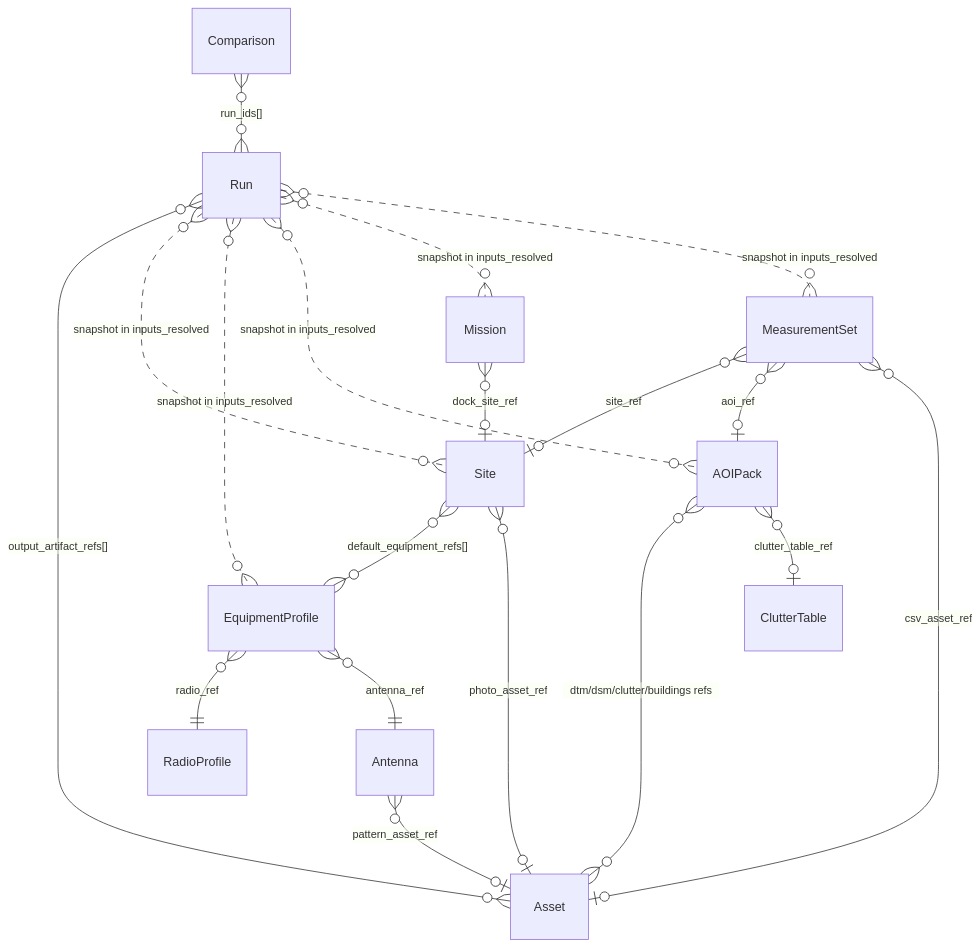
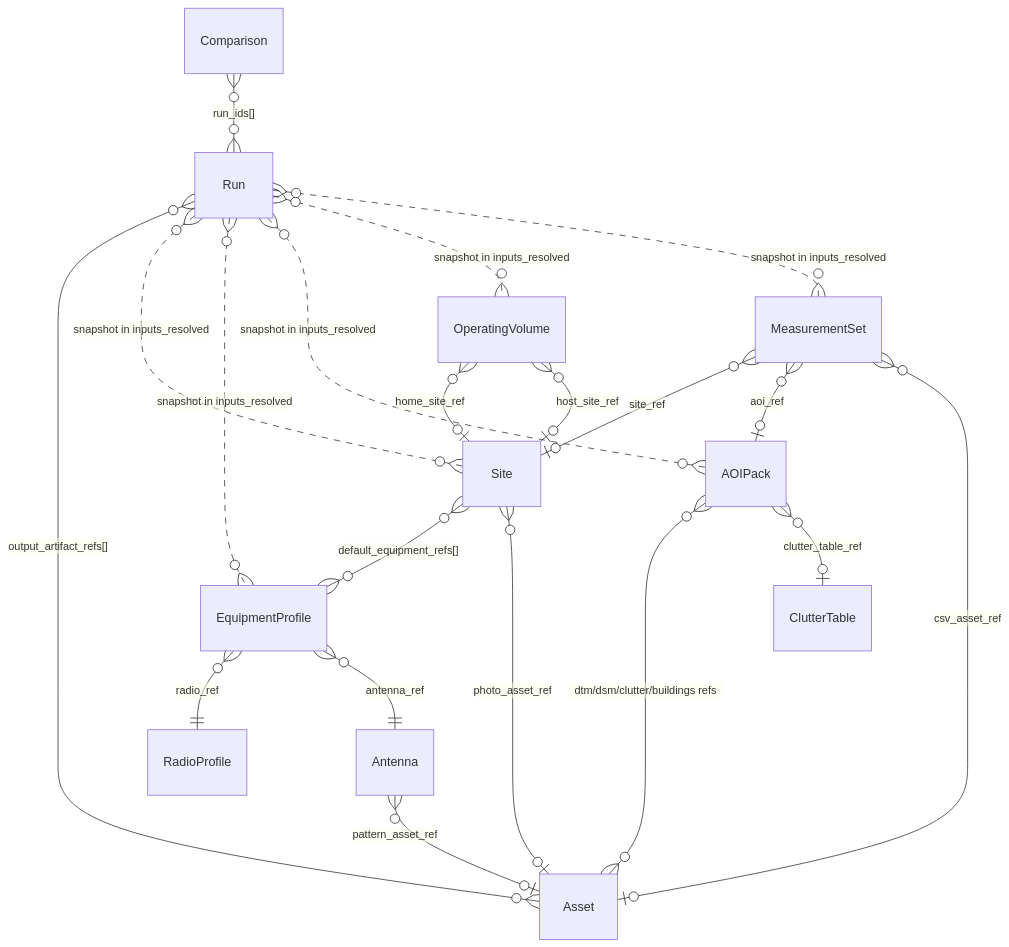
Before and after one commit to larry-watkins-wps/RfAnalyzerAPI: the fourth of 5 diagrams in docs/superpowers/specs/2026-04-25-rf-site-planning-api-design.md, drawn with Mermaid. The commit also changed other lines of this file and 5 other files, not shown here.

````diff
--- a/docs/superpowers/specs/2026-04-25-rf-site-planning-api-design.md
+++ b/docs/superpowers/specs/2026-04-25-rf-site-planning-api-design.md
@@ -327,28 +332,29 @@
 ```mermaid
 erDiagram
     Site               }o--o{ EquipmentProfile : "default_equipment_refs[]"
     Site               }o--o| Asset            : "photo_asset_ref"
 
     EquipmentProfile   }o--|| RadioProfile     : "radio_ref"
     EquipmentProfile   }o--|| Antenna          : "antenna_ref"
 
     Antenna            }o--o| Asset            : "pattern_asset_ref"
 
     AOIPack            }o--o{ Asset            : "dtm/dsm/clutter/buildings refs"
     AOIPack            }o--o| ClutterTable     : "clutter_table_ref"
 
-    Mission            }o--o| Site             : "dock_site_ref"
+    OperatingVolume    }o--o| Site             : "home_site_ref"
+    OperatingVolume    }o--o| Site             : "host_site_ref"
 
     MeasurementSet     }o--o| Site             : "site_ref"
     MeasurementSet     }o--o| AOIPack          : "aoi_ref"
     MeasurementSet     }o--o| Asset            : "csv_asset_ref"
 
     Comparison         }o--o{ Run              : "run_ids[]"
 
     Run                }o--o{ Asset            : "output_artifact_refs[]"
     Run                }o..o{ Site             : "snapshot in inputs_resolved"
     Run                }o..o{ EquipmentProfile : "snapshot in inputs_resolved"
     Run                }o..o{ AOIPack          : "snapshot in inputs_resolved"
-    Run                }o..o{ Mission          : "snapshot in inputs_resolved"
+    Run                }o..o{ OperatingVolume  : "snapshot in inputs_resolved"
     Run                }o..o{ MeasurementSet   : "snapshot in inputs_resolved"
 ```
````
